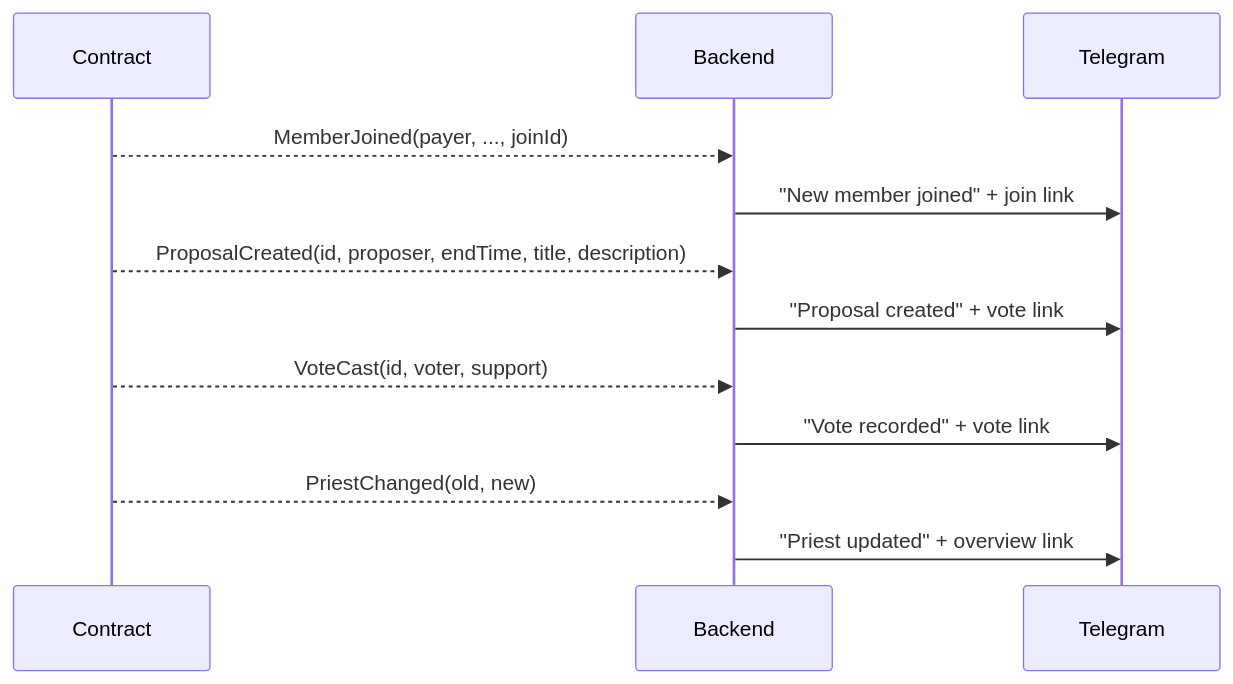
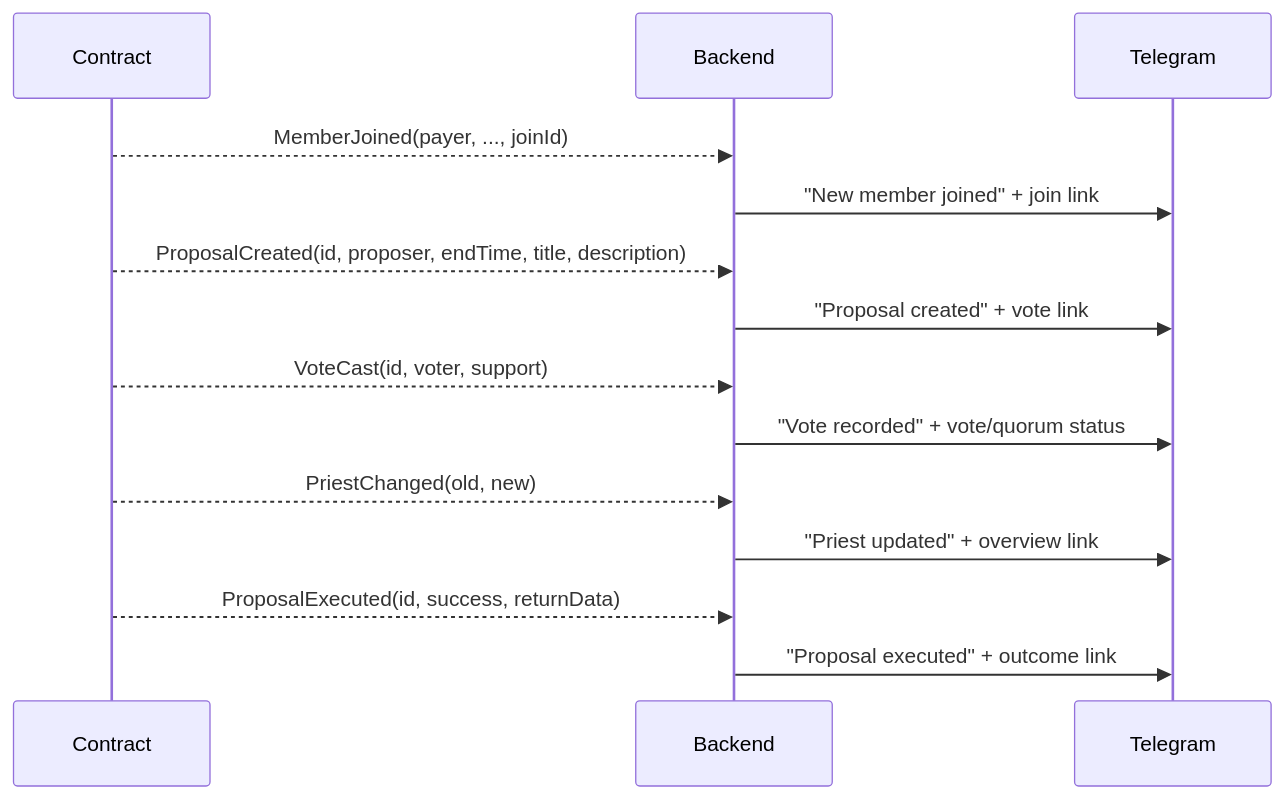
Before and after one commit to templ-fun/templ-evm-protocol: the fifth of 11 diagrams in docs/CORE_FLOW_DOCS.MD, drawn with Mermaid. The commit also changed other lines of this file and 5 other files, not shown here.

````diff
--- a/docs/CORE_FLOW_DOCS.MD
+++ b/docs/CORE_FLOW_DOCS.MD
@@ -82,14 +82,16 @@
 ```mermaid
 sequenceDiagram
     participant C as Contract
     participant B as Backend
     participant T as Telegram
     C-->>B: MemberJoined(payer, ..., joinId)
     B->>T: "New member joined" + join link
     C-->>B: ProposalCreated(id, proposer, endTime, title, description)
     B->>T: "Proposal created" + vote link
     C-->>B: VoteCast(id, voter, support)
-    B->>T: "Vote recorded" + vote link
+    B->>T: "Vote recorded" + vote/quorum status
     C-->>B: PriestChanged(old, new)
     B->>T: "Priest updated" + overview link
+    C-->>B: ProposalExecuted(id, success, returnData)
+    B->>T: "Proposal executed" + outcome link
 ```
````
